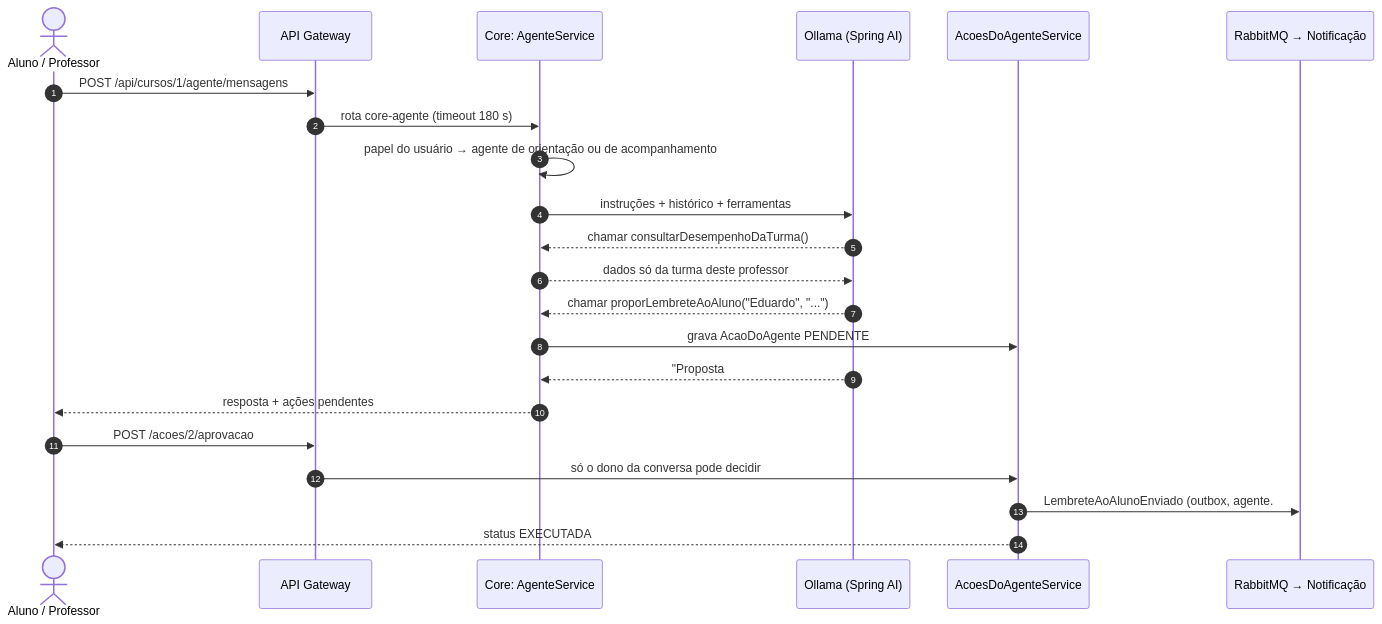
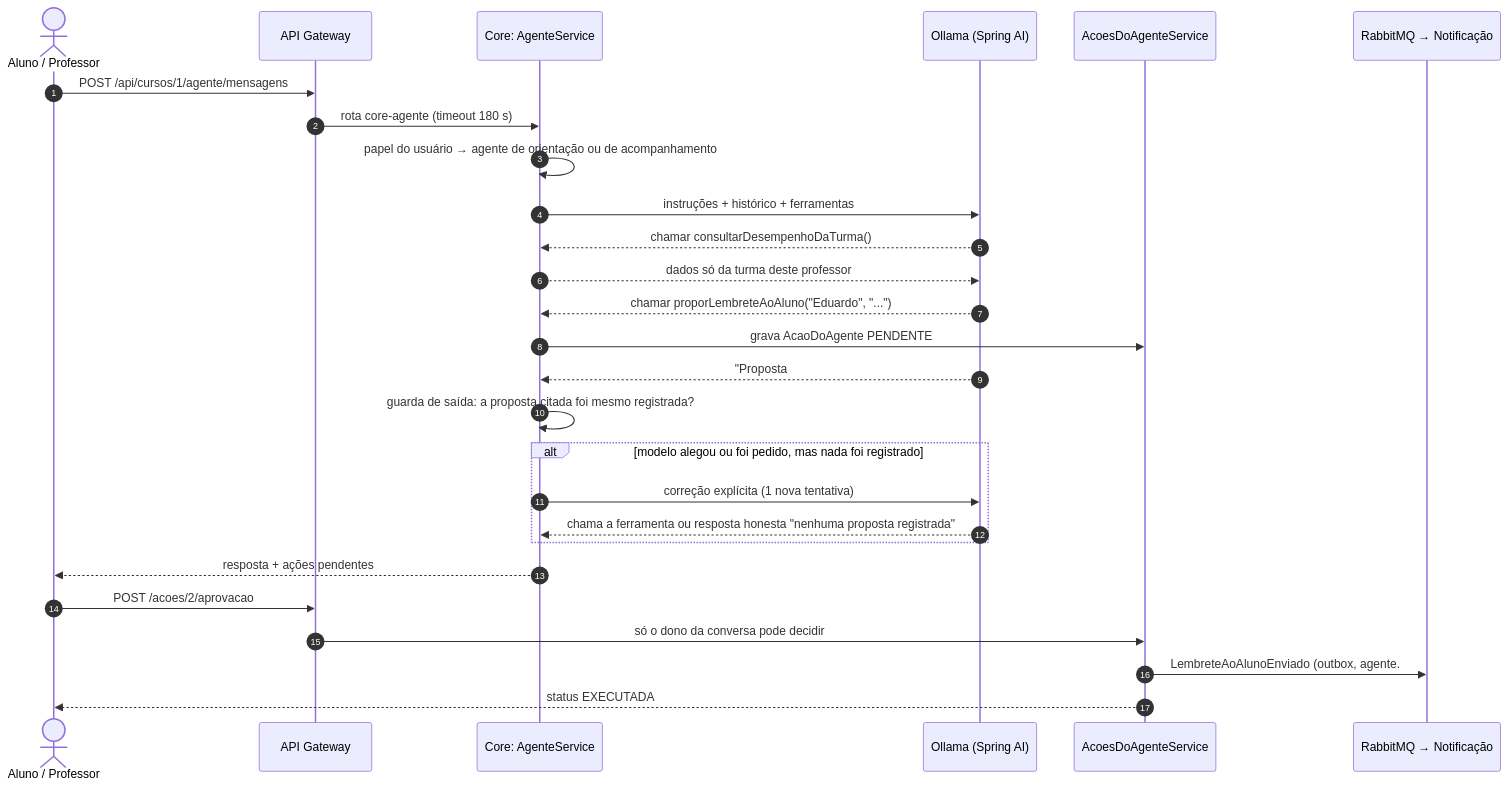
Before and after one commit to IHPNULL/gameeducator-backend: the sixth of 8 diagrams in README.md, drawn with Mermaid. The commit also changed other lines of this file and 8 other files, not shown here.

First line of the commit message:
fix(rf04): guarda de saida contra propostas inventadas pelo modelo

````diff
--- a/README.md
+++ b/README.md
@@ -239,25 +239,30 @@
 ```mermaid
 sequenceDiagram
     autonumber
     actor U as Aluno / Professor
     participant GW as API Gateway
     participant C as Core: AgenteService
     participant L as Ollama (Spring AI)
     participant A as AcoesDoAgenteService
     participant MQ as RabbitMQ → Notificação
 
     U->>GW: POST /api/cursos/1/agente/mensagens
     GW->>C: rota core-agente (timeout 180 s)
     C->>C: papel do usuário → agente de orientação ou de acompanhamento
     C->>L: instruções + histórico + ferramentas
     L-->>C: chamar consultarDesempenhoDaTurma()
     C-->>L: dados só da turma deste professor
     L-->>C: chamar proporLembreteAoAluno("Eduardo", "...")
     C->>A: grava AcaoDoAgente PENDENTE
     L-->>C: "Proposta #2 aguardando aprovação"
+    C->>C: guarda de saída: a proposta citada foi mesmo registrada?
+    alt modelo alegou ou foi pedido, mas nada foi registrado
+        C->>L: correção explícita (1 nova tentativa)
+        L-->>C: chama a ferramenta ou resposta honesta "nenhuma proposta registrada"
+    end
     C-->>U: resposta + ações pendentes
     U->>GW: POST /acoes/2/aprovacao
     GW->>A: só o dono da conversa pode decidir
     A->>MQ: LembreteAoAlunoEnviado (outbox, agente.#)
     A-->>U: status EXECUTADA
 ```
````
